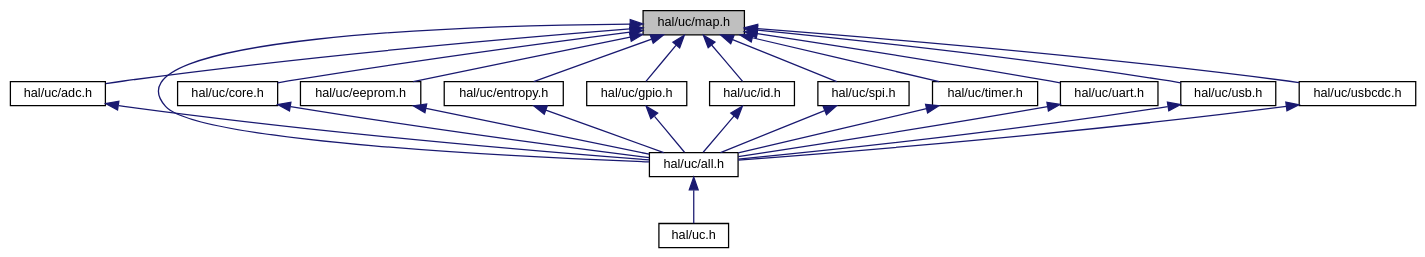
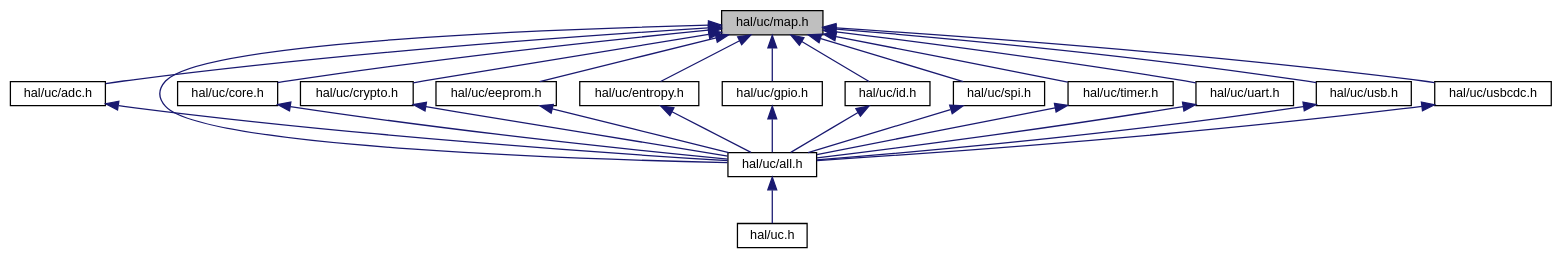
The diagram in map_8h__dep__incl.dot (ebs-universe/piolib-hal-uc), drawn with Graphviz before and after one commit. The commit also changed 189 other files, not shown here.

```diff
--- a/map_8h__dep__incl.dot
+++ b/map_8h__dep__incl.dot
@@ -1,46 +1,49 @@
 digraph "hal/uc/map.h"
 {
  // INTERACTIVE_SVG=YES
  // LATEX_PDF_SIZE
   bgcolor="transparent";
   edge [fontname="Helvetica",fontsize="10",labelfontname="Helvetica",labelfontsize="10"];
   node [fontname="Helvetica",fontsize="10",shape=record];
   Node1 [label="hal/uc/map.h",height=0.2,width=0.4,color="black", fillcolor="grey75", style="filled", fontcolor="black",tooltip="HAL for uC Peripheral Map."];
   Node1 -> Node2 [dir="back",color="midnightblue",fontsize="10",style="solid",fontname="Helvetica"];
   Node2 [label="hal/uc/adc.h",height=0.2,width=0.4,color="black",URL="$adc_8h.html",tooltip="HAL for uC Internal ADC interfaces."];
   Node2 -> Node3 [dir="back",color="midnightblue",fontsize="10",style="solid",fontname="Helvetica"];
-  Node3 [label="hal/uc/all.h",height=0.2,width=0.4,color="black",URL="$all_8h_source.html",tooltip=" "];
+  Node3 [label="hal/uc/all.h",height=0.2,width=0.4,color="black",URL="$uc_2all_8h_source.html",tooltip=" "];
   Node3 -> Node4 [dir="back",color="midnightblue",fontsize="10",style="solid",fontname="Helvetica"];
   Node4 [label="hal/uc.h",height=0.2,width=0.4,color="black",URL="$uc_8h_source.html",tooltip=" "];
   Node1 -> Node3 [dir="back",color="midnightblue",fontsize="10",style="solid",fontname="Helvetica"];
   Node1 -> Node5 [dir="back",color="midnightblue",fontsize="10",style="solid",fontname="Helvetica"];
   Node5 [label="hal/uc/core.h",height=0.2,width=0.4,color="black",URL="$core_8h.html",tooltip="HAL for uC Core peripherals."];
   Node5 -> Node3 [dir="back",color="midnightblue",fontsize="10",style="solid",fontname="Helvetica"];
   Node1 -> Node6 [dir="back",color="midnightblue",fontsize="10",style="solid",fontname="Helvetica"];
-  Node6 [label="hal/uc/eeprom.h",height=0.2,width=0.4,color="black",URL="$eeprom_8h.html",tooltip="HAL for uC EEPROM peripherals."];
+  Node6 [label="hal/uc/crypto.h",height=0.2,width=0.4,color="black",URL="$uc_2crypto_8h_source.html",tooltip=" "];
   Node6 -> Node3 [dir="back",color="midnightblue",fontsize="10",style="solid",fontname="Helvetica"];
   Node1 -> Node7 [dir="back",color="midnightblue",fontsize="10",style="solid",fontname="Helvetica"];
-  Node7 [label="hal/uc/entropy.h",height=0.2,width=0.4,color="black",URL="$entropy_8h.html",tooltip="HAL for uC entropy source."];
+  Node7 [label="hal/uc/eeprom.h",height=0.2,width=0.4,color="black",URL="$eeprom_8h.html",tooltip="HAL for uC EEPROM peripherals."];
   Node7 -> Node3 [dir="back",color="midnightblue",fontsize="10",style="solid",fontname="Helvetica"];
   Node1 -> Node8 [dir="back",color="midnightblue",fontsize="10",style="solid",fontname="Helvetica"];
-  Node8 [label="hal/uc/gpio.h",height=0.2,width=0.4,color="black",URL="$gpio_8h.html",tooltip="HAL for uC GPIOs."];
+  Node8 [label="hal/uc/entropy.h",height=0.2,width=0.4,color="black",URL="$entropy_8h.html",tooltip="HAL for uC entropy source."];
   Node8 -> Node3 [dir="back",color="midnightblue",fontsize="10",style="solid",fontname="Helvetica"];
   Node1 -> Node9 [dir="back",color="midnightblue",fontsize="10",style="solid",fontname="Helvetica"];
-  Node9 [label="hal/uc/id.h",height=0.2,width=0.4,color="black",URL="$id_8h.html",tooltip="HAL for uC ID."];
+  Node9 [label="hal/uc/gpio.h",height=0.2,width=0.4,color="black",URL="$gpio_8h.html",tooltip="HAL for uC GPIOs."];
   Node9 -> Node3 [dir="back",color="midnightblue",fontsize="10",style="solid",fontname="Helvetica"];
   Node1 -> Node10 [dir="back",color="midnightblue",fontsize="10",style="solid",fontname="Helvetica"];
-  Node10 [label="hal/uc/spi.h",height=0.2,width=0.4,color="black",URL="$spi_8h.html",tooltip="HAL for SPI interfaces."];
+  Node10 [label="hal/uc/id.h",height=0.2,width=0.4,color="black",URL="$id_8h.html",tooltip="HAL for uC ID."];
   Node10 -> Node3 [dir="back",color="midnightblue",fontsize="10",style="solid",fontname="Helvetica"];
   Node1 -> Node11 [dir="back",color="midnightblue",fontsize="10",style="solid",fontname="Helvetica"];
-  Node11 [label="hal/uc/timer.h",height=0.2,width=0.4,color="black",URL="$timer_8h.html",tooltip="HAL for uC Timers."];
+  Node11 [label="hal/uc/spi.h",height=0.2,width=0.4,color="black",URL="$spi_8h.html",tooltip="HAL for SPI interfaces."];
   Node11 -> Node3 [dir="back",color="midnightblue",fontsize="10",style="solid",fontname="Helvetica"];
   Node1 -> Node12 [dir="back",color="midnightblue",fontsize="10",style="solid",fontname="Helvetica"];
-  Node12 [label="hal/uc/uart.h",height=0.2,width=0.4,color="black",URL="$uart_8h_source.html",tooltip=" "];
+  Node12 [label="hal/uc/timer.h",height=0.2,width=0.4,color="black",URL="$timer_8h.html",tooltip="HAL for uC Timers."];
   Node12 -> Node3 [dir="back",color="midnightblue",fontsize="10",style="solid",fontname="Helvetica"];
   Node1 -> Node13 [dir="back",color="midnightblue",fontsize="10",style="solid",fontname="Helvetica"];
-  Node13 [label="hal/uc/usb.h",height=0.2,width=0.4,color="black",URL="$usb_8h.html",tooltip="HAL for USB interface."];
+  Node13 [label="hal/uc/uart.h",height=0.2,width=0.4,color="black",URL="$uart_8h_source.html",tooltip=" "];
   Node13 -> Node3 [dir="back",color="midnightblue",fontsize="10",style="solid",fontname="Helvetica"];
   Node1 -> Node14 [dir="back",color="midnightblue",fontsize="10",style="solid",fontname="Helvetica"];
-  Node14 [label="hal/uc/usbcdc.h",height=0.2,width=0.4,color="black",URL="$usbcdc_8h.html",tooltip="HAL for USB CDC interface."];
+  Node14 [label="hal/uc/usb.h",height=0.2,width=0.4,color="black",URL="$usb_8h.html",tooltip="HAL for USB interface."];
   Node14 -> Node3 [dir="back",color="midnightblue",fontsize="10",style="solid",fontname="Helvetica"];
+  Node1 -> Node15 [dir="back",color="midnightblue",fontsize="10",style="solid",fontname="Helvetica"];
+  Node15 [label="hal/uc/usbcdc.h",height=0.2,width=0.4,color="black",URL="$usbcdc_8h.html",tooltip="HAL for USB CDC interface."];
+  Node15 -> Node3 [dir="back",color="midnightblue",fontsize="10",style="solid",fontname="Helvetica"];
 }
```
